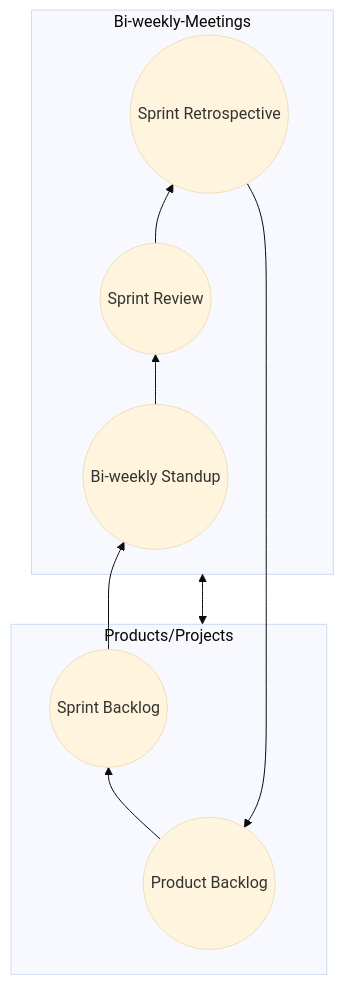
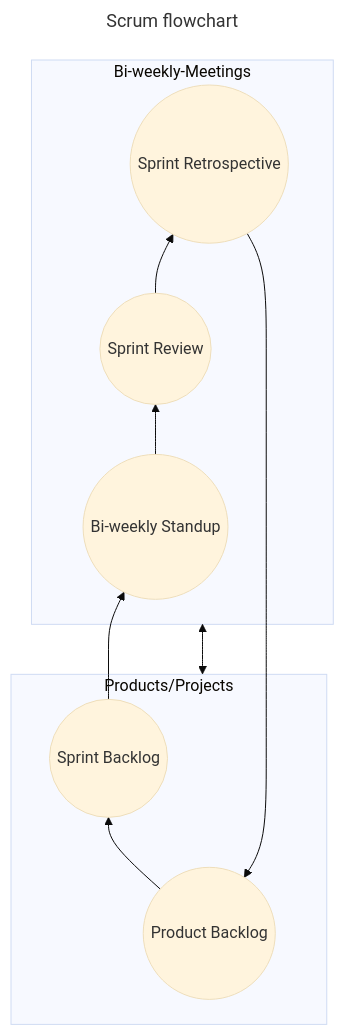
One commit to caids-datalab/caids-datalab.github.io changed the first of 2 diagrams in DAC_Report.qmd. Above: the diagram before and after it, drawn with Mermaid (base theme). The commit also changed other lines of this file and 3 other files, not shown here.

````diff
--- a/DAC_Report.qmd
+++ b/DAC_Report.qmd
@@ -157,53 +181,56 @@
 ```{mermaid}
+---
+title: Scrum flowchart
+---
 flowchart BT
 
 subgraph Products/Projects
 
 A((Product Backlog))
 
   
 
 B((Sprint Backlog))
 
 end
 
 subgraph Bi-weekly-Meetings
 
 C((Bi-weekly Standup))
 
   
 
 D((Sprint Review))
 
   
 
 E((Sprint Retrospective))
 
 end
 
   
 
 A --> B
 
   
 
 E --> A
 
   
 
 C --> D
 
   
 
 D --> E
 
   
 
 B --> C
 
   
 
 Products/Projects <--> Bi-weekly-Meetings
 
   
 ```
````
